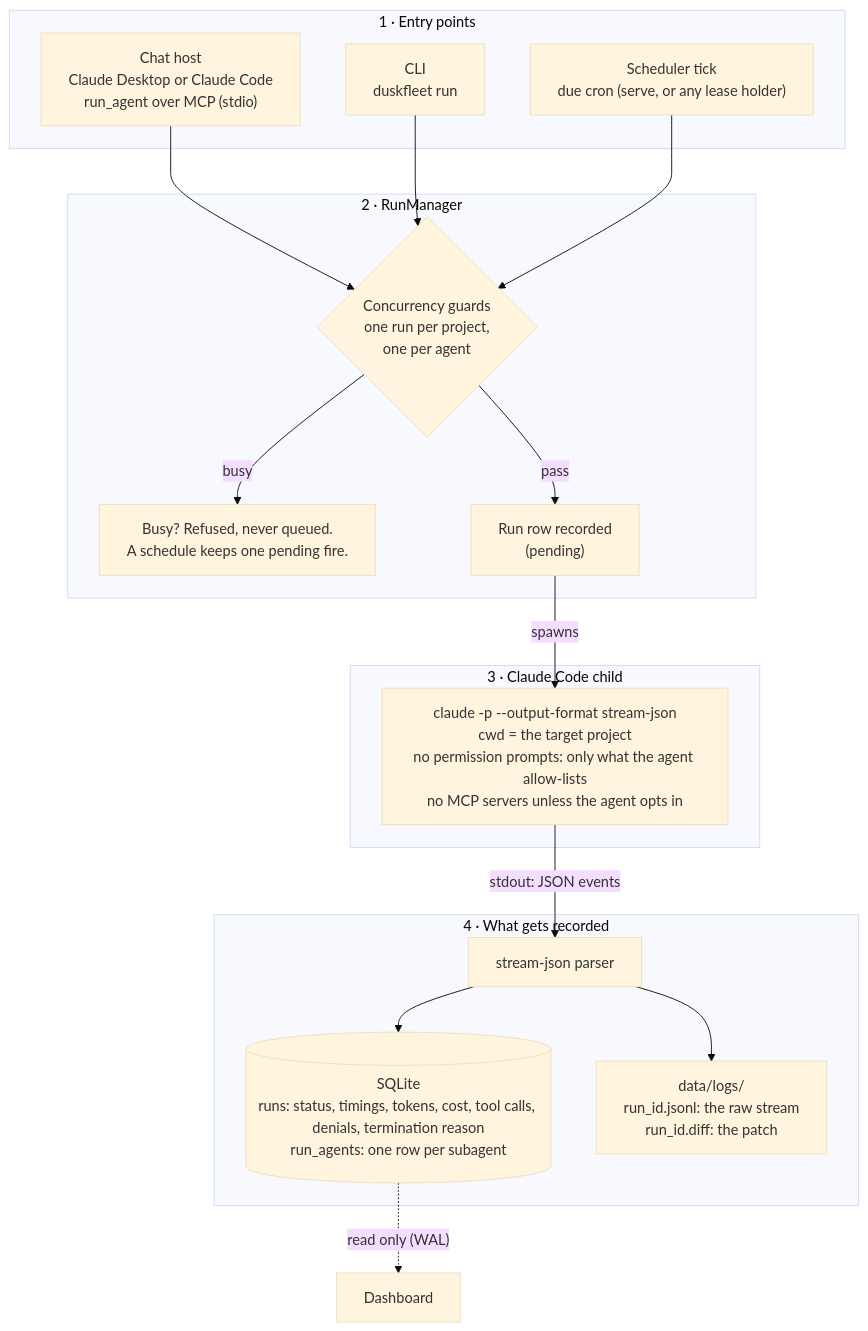
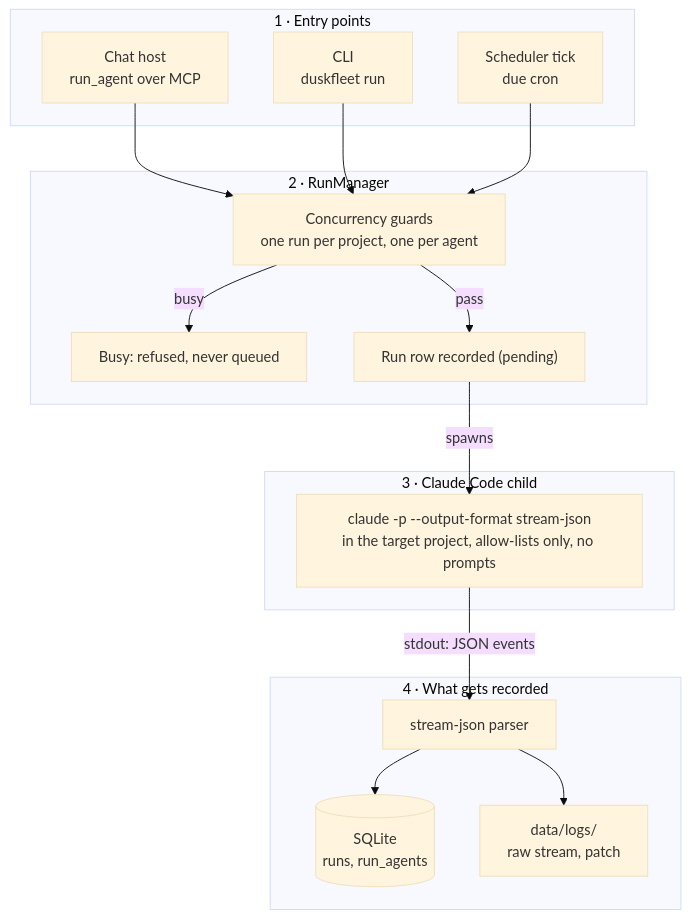
Before and after one commit to duskfleet/duskfleet: the first of 2 diagrams in README.md, drawn with Mermaid (base theme).

Commit message:
README: a smaller pipeline flowchart, the detail stays in the prose
Claude-Session: https://claude.ai/code/session_014NZALZg54RZdNB9EhjesYs

````diff
--- a/README.md
+++ b/README.md
@@ -158,36 +158,35 @@
 ```mermaid
 %%{init: {"flowchart": {"wrappingWidth": 320}}}%%
 flowchart TB
     subgraph entry ["1 · Entry points"]
-        chat["Chat host<br/>Claude Desktop or Claude Code<br/>run_agent over MCP (stdio)"]
+        chat["Chat host<br/>run_agent over MCP"]
         cli["CLI<br/>duskfleet run"]
-        sched["Scheduler tick<br/>due cron (serve, or any lease holder)"]
+        sched["Scheduler tick<br/>due cron"]
     end
 
     subgraph rm ["2 · RunManager"]
-        guards{"Concurrency guards<br/>one run per project,<br/>one per agent"}
-        busy["Busy? Refused, never queued.<br/>A schedule keeps one pending fire."]
-        row["Run row recorded<br/>(pending)"]
+        guards["Concurrency guards<br/>one run per project, one per agent"]
+        busy["Busy: refused, never queued"]
+        row["Run row recorded (pending)"]
     end
 
     subgraph child ["3 · Claude Code child"]
-        claude["claude -p --output-format stream-json<br/>cwd = the target project<br/>no permission prompts: only what the agent allow-lists<br/>no MCP servers unless the agent opts in"]
+        claude["claude -p --output-format stream-json<br/>in the target project, allow-lists only, no prompts"]
     end
 
     subgraph rec ["4 · What gets recorded"]
         parser["stream-json parser"]
-        db[("SQLite<br/>runs: status, timings, tokens, cost, tool calls, denials, termination reason<br/>run_agents: one row per subagent")]
-        logs["data/logs/<br/>run_id.jsonl: the raw stream<br/>run_id.diff: the patch"]
+        db[("SQLite<br/>runs, run_agents")]
+        logs["data/logs/<br/>raw stream, patch"]
     end
 
     chat --> guards
     cli --> guards
     sched --> guards
     guards -- busy --> busy
     guards -- pass --> row
     row -- spawns --> claude
     claude -- "stdout: JSON events" --> parser
     parser --> db
     parser --> logs
-    db -. "read only (WAL)" .-> web["Dashboard"]
 ```
````
